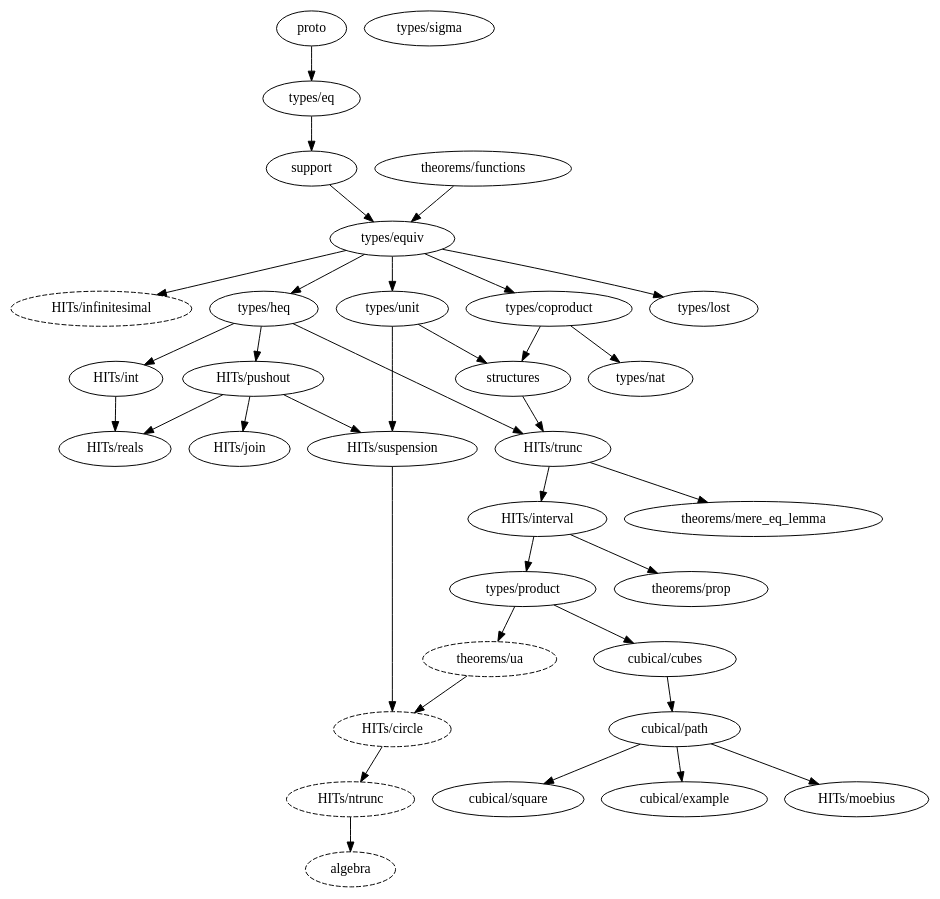
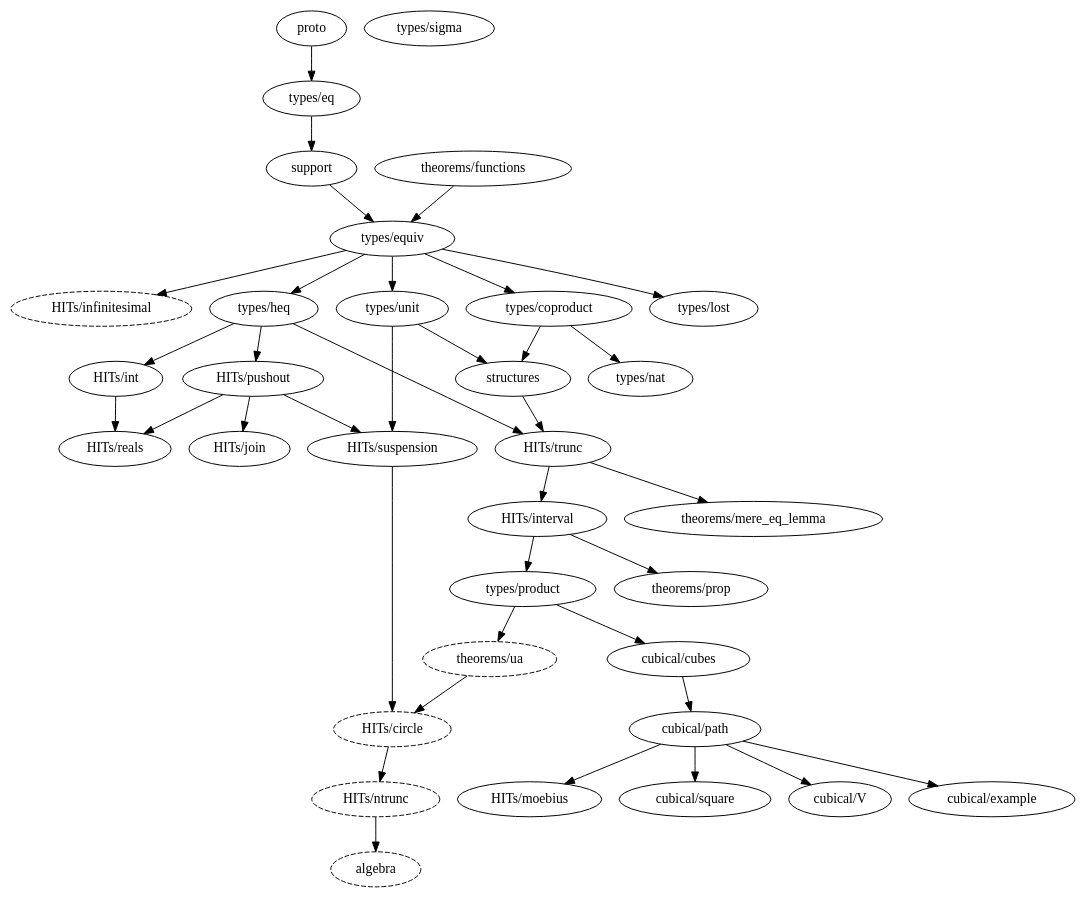
Before and after one commit to forked-from-1kasper/ground_zero: the diagram in dependency_map.gv, drawn with Graphviz. The commit also changed 2 other files, not shown here.

```diff
--- a/dependency_map.gv
+++ b/dependency_map.gv
@@ -1,69 +1,70 @@
 digraph dependency_map {
   proto -> "types/eq"
 
   algebra [style=dashed]
   "HITs/ntrunc" -> algebra
 
   "HITs/circle" [style=dashed]
   "HITs/suspension" -> "HITs/circle"
   "theorems/ua" -> "HITs/circle"
 
   "HITs/infinitesimal" [style=dashed]
   "types/equiv" -> "HITs/infinitesimal"
 
   "types/equiv" -> "types/coproduct"
 
   "types/product" -> "cubical/cubes"
   "cubical/cubes" -> "cubical/path"
   "cubical/path" -> "cubical/square"
+  "cubical/path" -> "cubical/V"
   "cubical/path" -> "cubical/example"
 
   "types/equiv" -> "types/heq"
 
   support -> "types/equiv"
   "theorems/functions" -> "types/equiv"
 
   "types/heq" -> "HITs/int"
 
   "HITs/trunc" -> "HITs/interval"
 
   "HITs/pushout" -> "HITs/join"
 
   "cubical/path" -> "HITs/moebius"
 
   "HITs/trunc" -> "theorems/mere_eq_lemma"
 
   "HITs/ntrunc" [style=dashed]
   "HITs/circle" -> "HITs/ntrunc"
 
   "HITs/interval" -> "types/product"
 
   "HITs/interval" -> "theorems/prop"
 
   "types/heq" -> "HITs/pushout"
 
   "HITs/pushout" -> "HITs/reals"
   "HITs/int" -> "HITs/reals"
 
   "types/unit" -> structures
   "types/coproduct" -> structures
 
   "types/eq" -> support
 
   "HITs/pushout" -> "HITs/suspension"
   "types/unit" -> "HITs/suspension"
 
   structures -> "HITs/trunc"
   "types/heq" -> "HITs/trunc"
 
   "theorems/ua" [style=dashed]
   "types/product" -> "theorems/ua"
 
   "types/equiv" -> "types/unit"
 
   "types/coproduct" -> "types/nat"
 
   "types/equiv" -> "types/lost"
 
   "types/sigma"
 }
```
